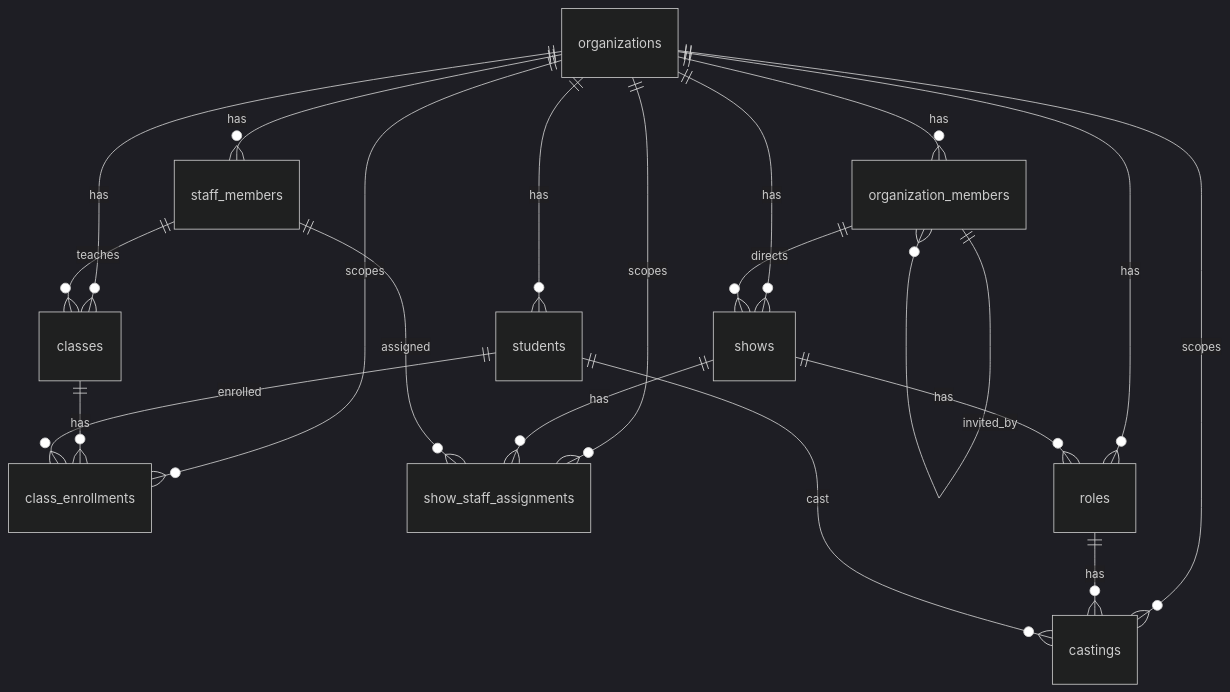
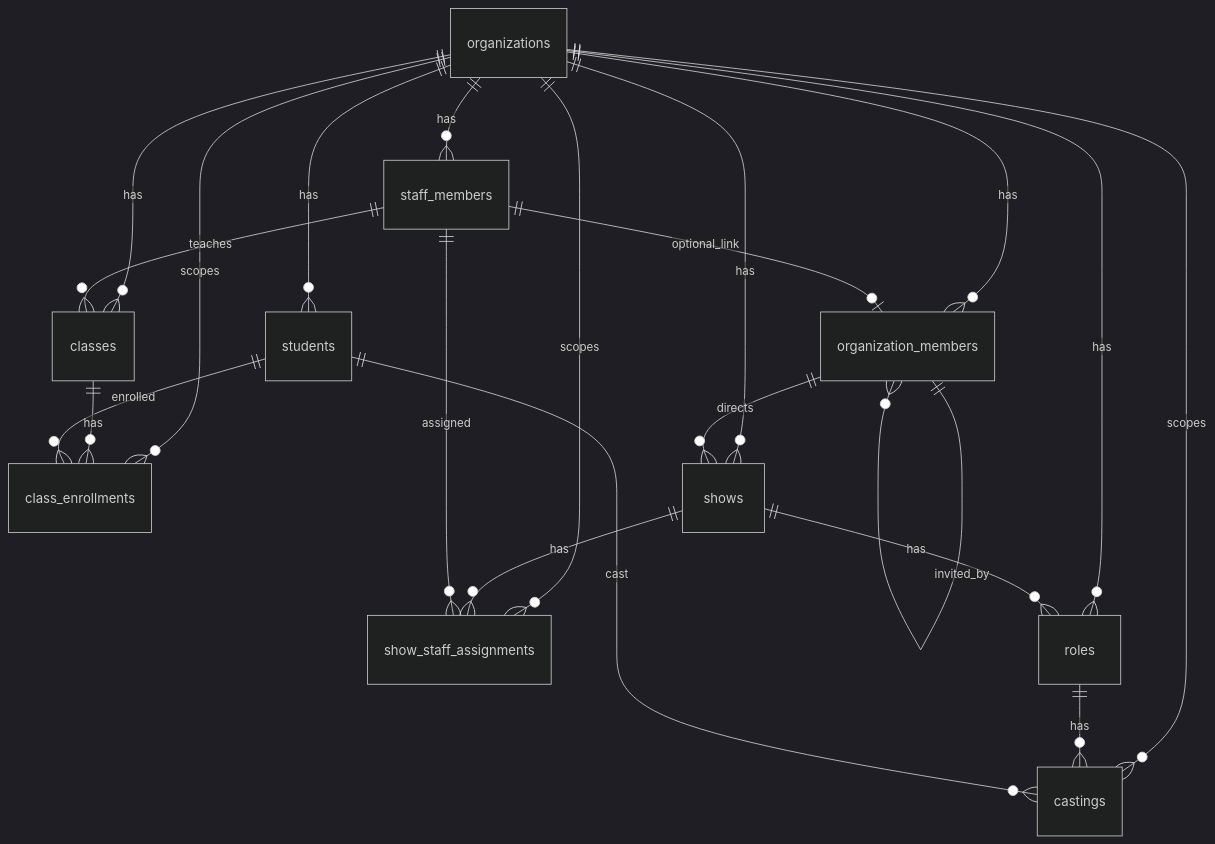
One commit to GiordanoMoreni/drama-desk changed the diagram in docs/DATA_MODEL.md. Above: the diagram before and after it, drawn with Mermaid (dark theme). The commit also changed other lines of this file and 14 other files, not shown here.

Commit message:
feat(org-members): link organization members to staff records with tenant-safe constraints

````diff
--- a/docs/DATA_MODEL.md
+++ b/docs/DATA_MODEL.md
@@ -11,26 +11,27 @@
 ```mermaid
 erDiagram
     organizations ||--o{ organization_members : has
+    staff_members ||--o| organization_members : optional_link
     organizations ||--o{ students : has
     organizations ||--o{ classes : has
     organizations ||--o{ class_enrollments : scopes
     organizations ||--o{ shows : has
     organizations ||--o{ staff_members : has
     organizations ||--o{ show_staff_assignments : scopes
     organizations ||--o{ roles : has
     organizations ||--o{ castings : scopes
 
     staff_members ||--o{ classes : teaches
     shows ||--o{ show_staff_assignments : has
     staff_members ||--o{ show_staff_assignments : assigned
 
     classes ||--o{ class_enrollments : has
     students ||--o{ class_enrollments : enrolled
 
     shows ||--o{ roles : has
     roles ||--o{ castings : has
     students ||--o{ castings : cast
 
     organization_members ||--o{ shows : directs
     organization_members ||--o{ organization_members : invited_by
 ```
````
